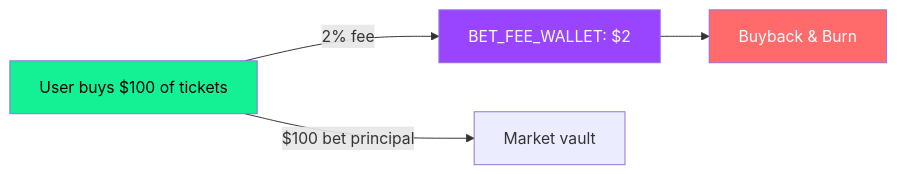
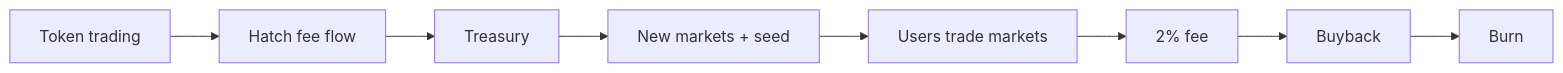
Before and after one commit to SolMarketHub/docs: the second of 2 diagrams in protocol/fees.mdx, drawn with Mermaid. The commit also changed other lines of this file and 18 other files, not shown here.

````diff
--- a/protocol/fees.mdx
+++ b/protocol/fees.mdx
@@ -20,9 +60,10 @@
 ```mermaid
 graph LR
-    A[User buys $100 of tickets] -->|2% fee| B[BET_FEE_WALLET: $2]
-    A -->|$100 bet principal| C[Market vault]
-    B --> E[Buyback & Burn]
-    style A fill:#14F195,color:#000
-    style B fill:#9945FF,color:#fff
-    style E fill:#FF6B6B,color:#fff
+    A[Users trade markets] --> B[2% fee]
+    B --> C[Buyback]
+    C --> D[Burn]
+    E[Token trading] --> F[Hatch fee flow]
+    F --> G[Treasury]
+    G --> H[New markets + seed]
+    H --> A
 ```
````
